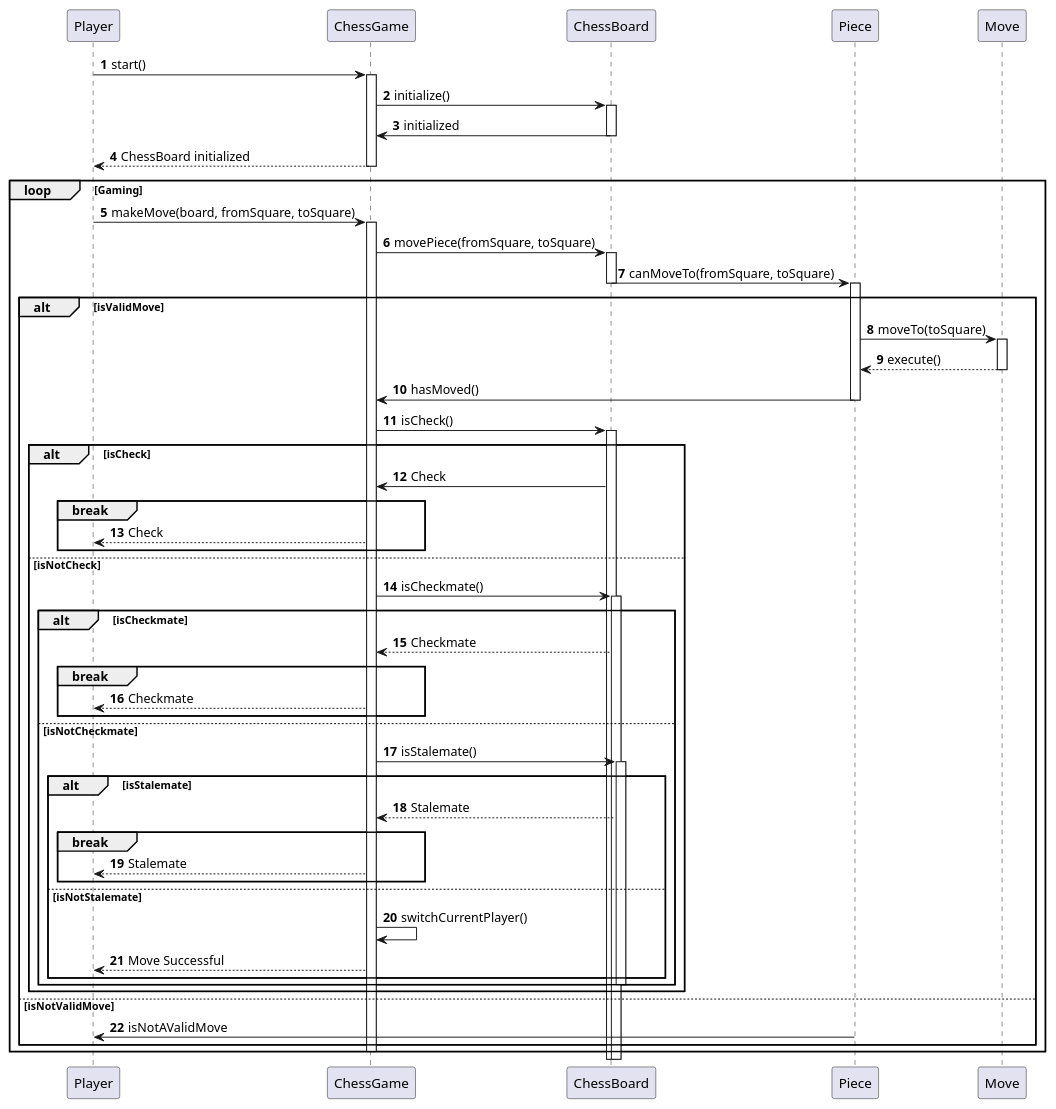
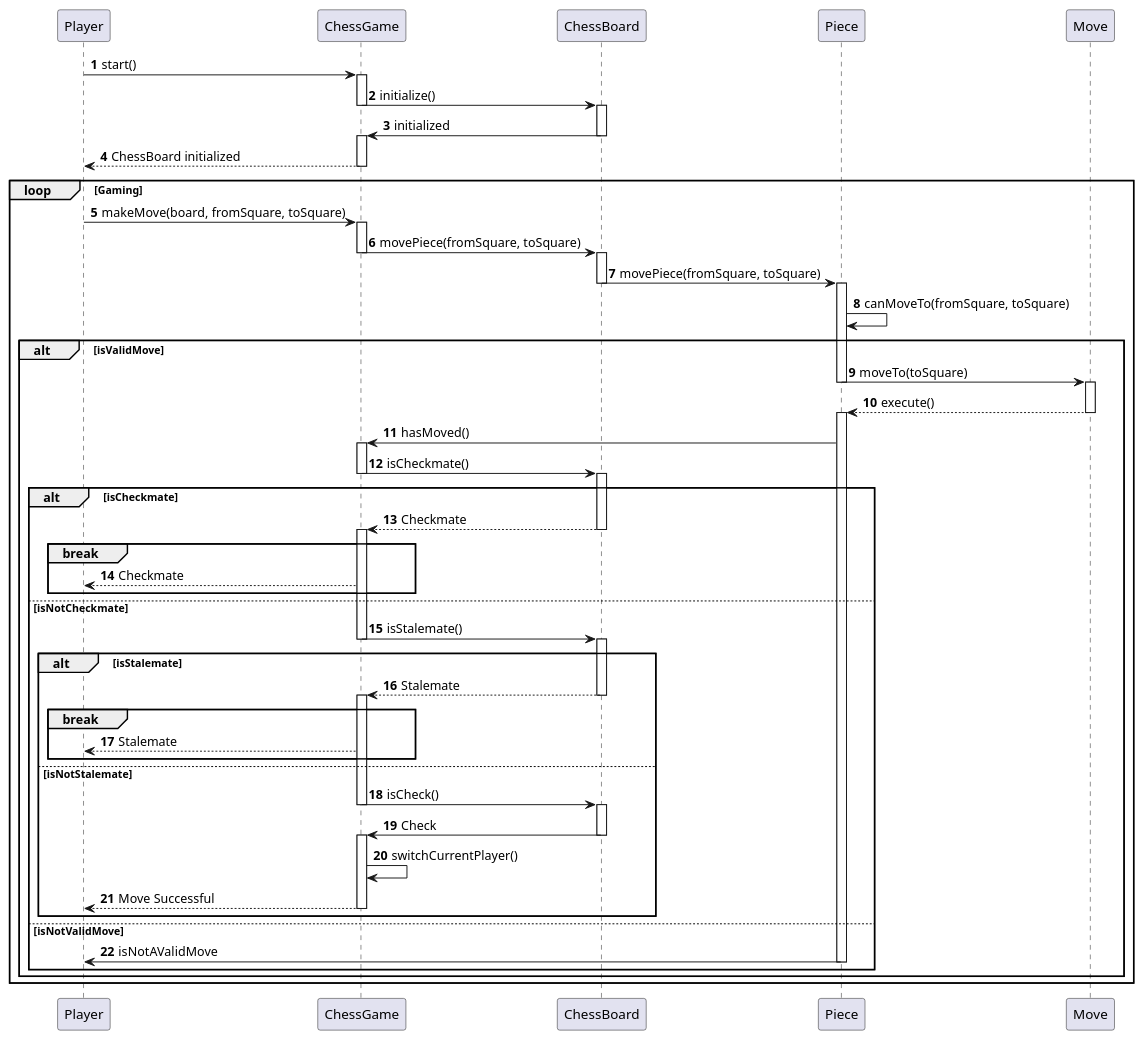
The diagram in Diagrama de Sequencia.wsd (rattinho/ChessGame_SoftwareProejct_Facul), drawn with PlantUML before and after one commit.

Commit message:
Updating sequence diagram

```diff
--- a/Diagrama de Sequencia.wsd
+++ b/Diagrama de Sequencia.wsd
@@ -1,71 +1,80 @@
 @startuml
 
 participant Player
 participant ChessGame
 participant ChessBoard
 participant Piece
 participant Move
 
 autonumber
 
 Player -> ChessGame: start()
 activate ChessGame
 ChessGame -> ChessBoard: initialize()
+deactivate ChessGame
 activate ChessBoard
 ChessBoard -> ChessGame: initialized
 deactivate ChessBoard
+activate ChessGame
 ChessGame --> Player: ChessBoard initialized
 deactivate ChessGame
 
 loop Gaming
     Player -> ChessGame: makeMove(board, fromSquare, toSquare)
     activate ChessGame
     ChessGame -> ChessBoard: movePiece(fromSquare, toSquare)
+    deactivate ChessGame
     activate ChessBoard
-    ChessBoard -> Piece: canMoveTo(fromSquare, toSquare)
+    ChessBoard -> Piece: movePiece(fromSquare, toSquare)
     deactivate ChessBoard
+    activate Piece
+    Piece -> Piece: canMoveTo(fromSquare, toSquare)
     alt isValidMove
-        activate Piece
         Piece -> Move: moveTo(toSquare)
+        deactivate Piece
         activate Move
         Move --> Piece: execute()
         deactivate Move
+        activate Piece
         Piece -> ChessGame: hasMoved()
-        deactivate Piece
-        ChessGame -> ChessBoard: isCheck()
+        activate ChessGame
+        ChessGame -> ChessBoard: isCheckmate()
+        deactivate ChessGame
         activate ChessBoard
-        alt isCheck
-            ChessBoard -> ChessGame: Check
+        alt isCheckmate
+            ChessBoard --> ChessGame: Checkmate
+            deactivate ChessBoard
+            activate ChessGame
             break
-                ChessGame --> Player: Check
+                ChessGame --> Player: Checkmate
             end
-        else isNotCheck
-            ChessGame -> ChessBoard: isCheckmate()
+        else isNotCheckmate
+            ChessGame -> ChessBoard: isStalemate()
+            deactivate ChessGame
             activate ChessBoard
-            alt isCheckmate
-                ChessBoard --> ChessGame: Checkmate
+            alt isStalemate
+                ChessBoard --> ChessGame: Stalemate
+                deactivate ChessBoard
+                activate ChessGame
                 break
-                    ChessGame --> Player: Checkmate
+                    ChessGame --> Player: Stalemate
                 end
-            else isNotCheckmate
-                ChessGame -> ChessBoard: isStalemate()
+            else isNotStalemate
+                ChessGame -> ChessBoard: isCheck()
+                deactivate ChessGame
                 activate ChessBoard
-                alt isStalemate
-                    ChessBoard --> ChessGame: Stalemate
-                    break
-                        ChessGame --> Player: Stalemate
-                    end
-                else isNotStalemate
-                    ChessGame -> ChessGame: switchCurrentPlayer()
-                    ChessGame --> Player: Move Successful
-                end
+                ChessBoard -> ChessGame: Check
                 deactivate ChessBoard
+                activate ChessGame
+                ChessGame -> ChessGame: switchCurrentPlayer()
+                ChessGame --> Player: Move Successful
+                deactivate ChessGame
             end
+        else isNotValidMove
+            Piece -> Player: isNotAValidMove
+            deactivate Piece
         end
-    else isNotValidMove
-        Piece -> Player: isNotAValidMove
-        deactivate Piece
+        deactivate ChessGame
     end
-    deactivate ChessGame
 end
 @enduml
```
